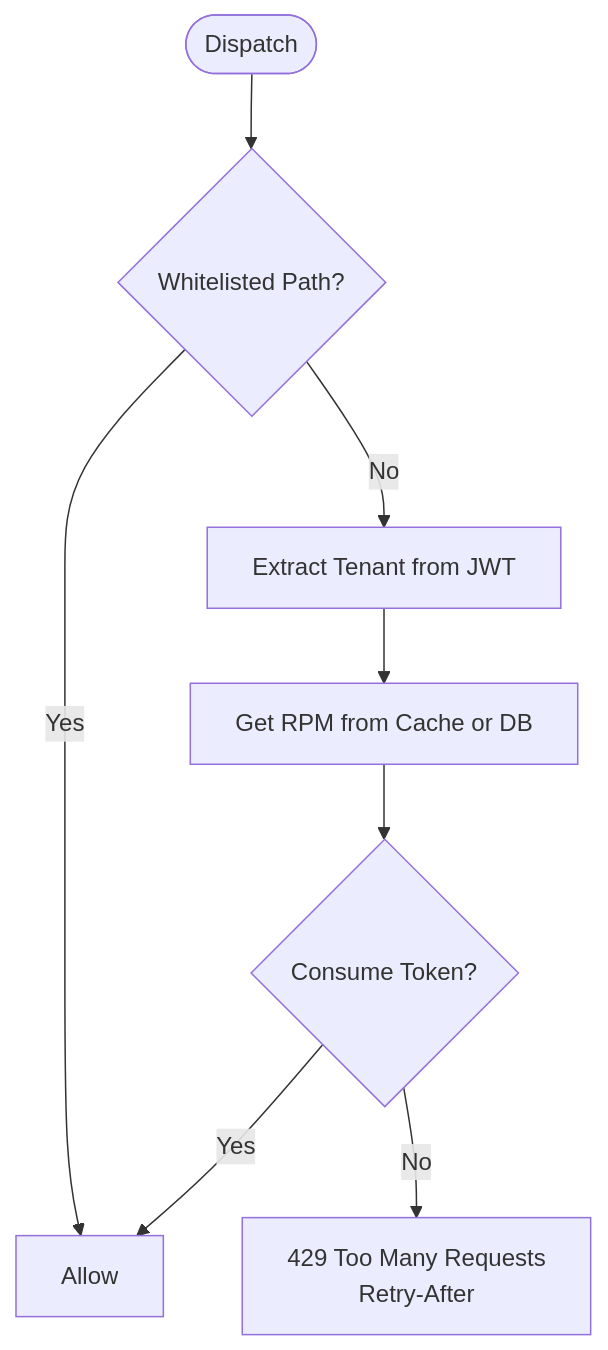
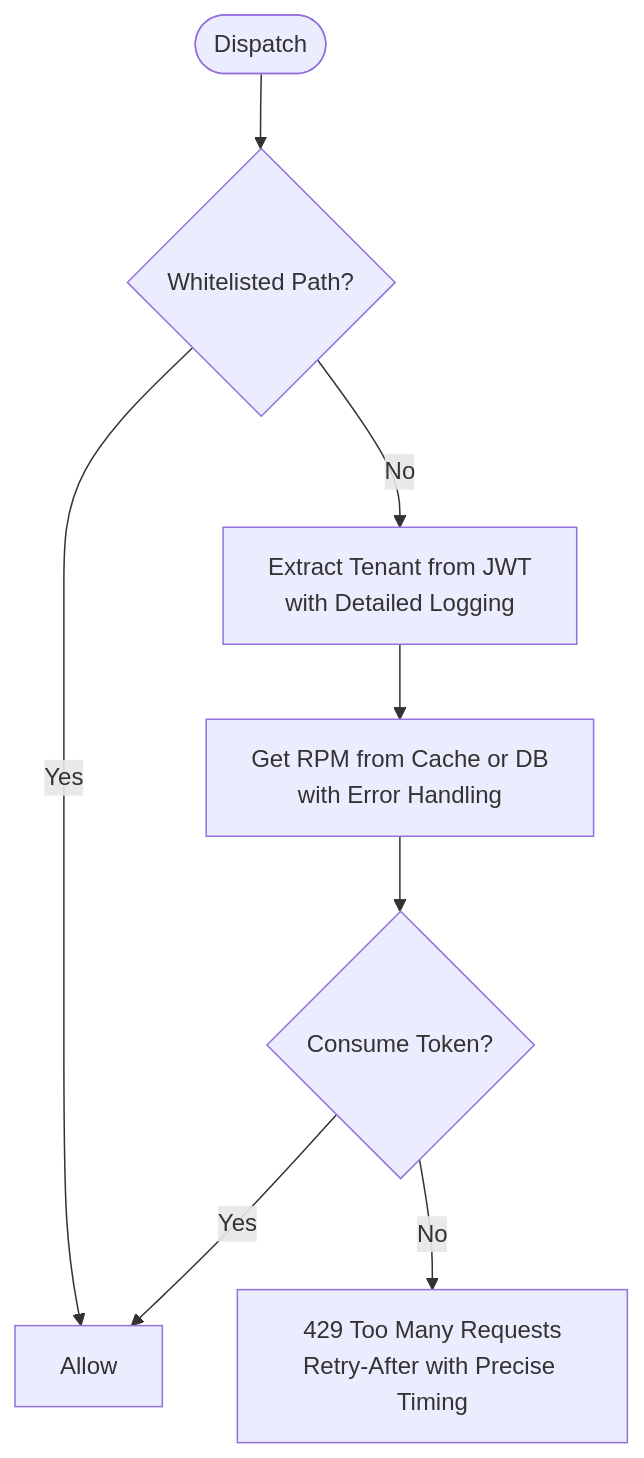
Before and after one commit to Revanththetalogics/aireume: the tenth of 11 diagrams in .qoder/repowiki/en/content/Advanced Topics/Enterprise Security and Compliance.md, drawn with Mermaid. The commit also changed other lines of this file and 15 other files, not shown here.

````diff
--- a/.qoder/repowiki/en/content/Advanced Topics/Enterprise Security and Compliance.md
+++ b/.qoder/repowiki/en/content/Advanced Topics/Enterprise Security and Compliance.md
@@ -618,10 +643,10 @@
 ```mermaid
 flowchart TD
 Start([Dispatch]) --> Whitelist{"Whitelisted Path?"}
 Whitelist --> |Yes| Next1["Allow"]
-Whitelist --> |No| ExtractTenant["Extract Tenant from JWT"]
-ExtractTenant --> GetConfig["Get RPM from Cache or DB"]
+Whitelist --> |No| ExtractTenant["Extract Tenant from JWT<br/>with Detailed Logging"]
+ExtractTenant --> GetConfig["Get RPM from Cache or DB<br/>with Error Handling"]
 GetConfig --> Consume{"Consume Token?"}
 Consume --> |Yes| Next1
-Consume --> |No| Block["429 Too Many Requests<br/>Retry-After"]
+Consume --> |No| Block["429 Too Many Requests<br/>Retry-After with Precise Timing"]
 ```
````
